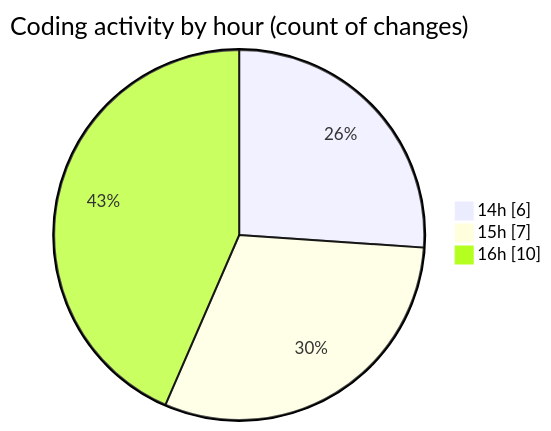
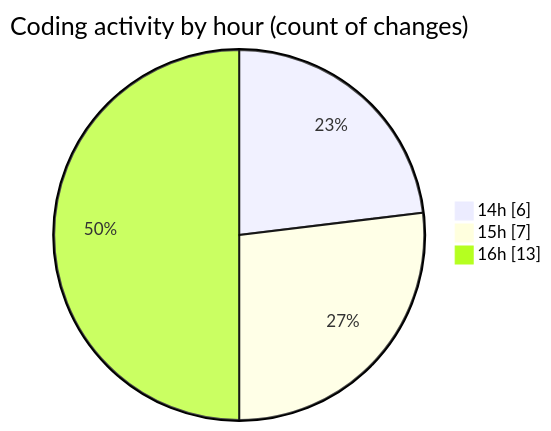
One commit to igalym/code-tracking changed the second of 2 diagrams in 2026-03-30/cinema/README.md. Above: the diagram before and after it, drawn with Mermaid. The commit also changed other lines of this file and 1 other file, not shown here.

````diff
--- a/2026-03-30/cinema/README.md
+++ b/2026-03-30/cinema/README.md
@@ -31,7 +32,7 @@
 ```mermaid
 pie showData
 title Coding activity by hour (count of changes)
 "14h" : 6
 "15h" : 7
-"16h" : 10
+"16h" : 13
 ```
````
